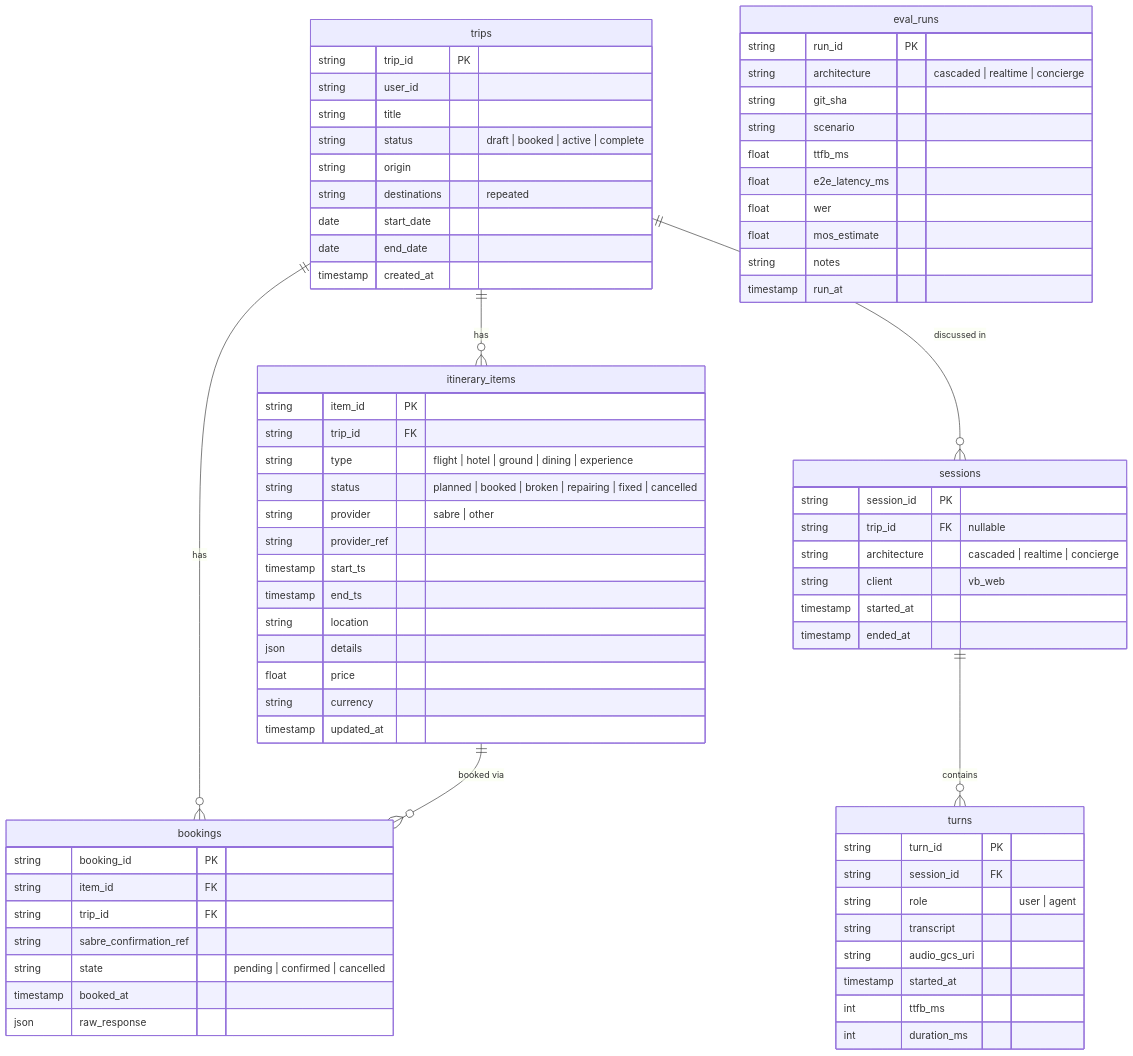
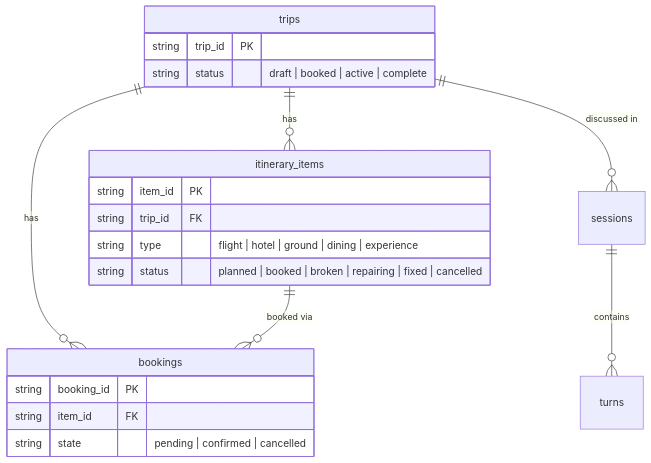
The diagram in README.md (aishugogi11/cascade-repairer), drawn with Mermaid before and after one commit. The commit also changed other lines of this file, not shown here.

Commit message:
Document Cascade Repairer: product overview, ML stack, and local run.

````diff
--- a/README.md
+++ b/README.md
@@ -204,74 +178,24 @@
 ```mermaid
 erDiagram
     trips ||--o{ itinerary_items : "has"
     trips ||--o{ bookings : "has"
     trips ||--o{ sessions : "discussed in"
     itinerary_items ||--o{ bookings : "booked via"
     sessions ||--o{ turns : "contains"
 
     trips {
         string trip_id PK
-        string user_id
-        string title
         string status "draft | booked | active | complete"
-        string origin
-        string destinations "repeated"
-        date start_date
-        date end_date
-        timestamp created_at
     }
     itinerary_items {
         string item_id PK
         string trip_id FK
         string type "flight | hotel | ground | dining | experience"
         string status "planned | booked | broken | repairing | fixed | cancelled"
-        string provider "sabre | other"
-        string provider_ref
-        timestamp start_ts
-        timestamp end_ts
-        string location
-        json details
-        float price
-        string currency
-        timestamp updated_at
     }
     bookings {
         string booking_id PK
         string item_id FK
-        string trip_id FK
-        string sabre_confirmation_ref
         string state "pending | confirmed | cancelled"
-        timestamp booked_at
-        json raw_response
-    }
-    sessions {
-        string session_id PK
-        string trip_id FK "nullable"
-        string architecture "cascaded | realtime | concierge"
-        string client "vb_web"
-        timestamp started_at
-        timestamp ended_at
-    }
-    turns {
-        string turn_id PK
-        string session_id FK
-        string role "user | agent"
-        string transcript
-        string audio_gcs_uri
-        timestamp started_at
-        int ttfb_ms
-        int duration_ms
-    }
-    eval_runs {
-        string run_id PK
-        string architecture "cascaded | realtime | concierge"
-        string git_sha
-        string scenario
-        float ttfb_ms
-        float e2e_latency_ms
-        float wer
-        float mos_estimate
-        string notes
-        timestamp run_at
     }
 ```
````
